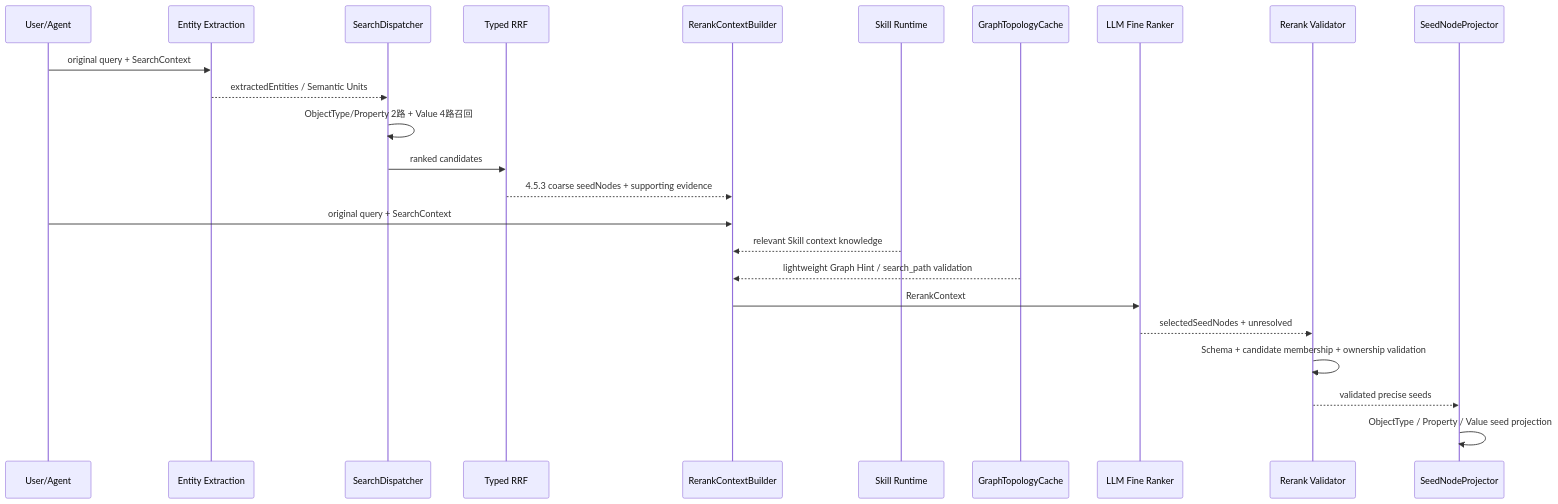
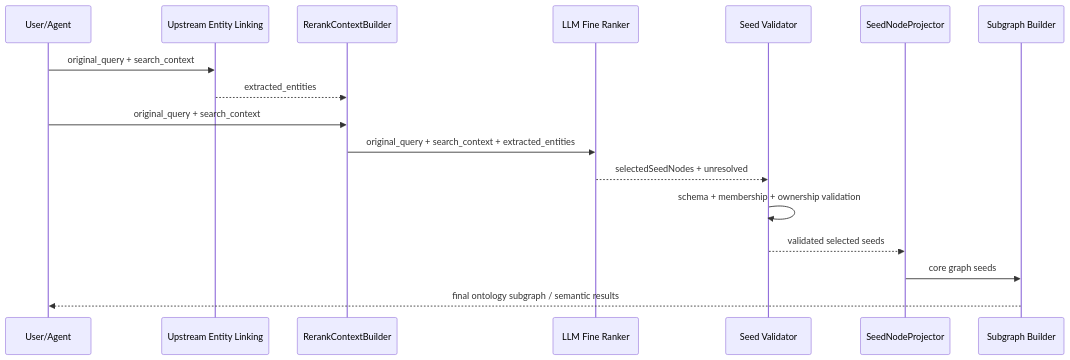
Before and after one commit to cfwl100/onology_dsl: the ninth of 9 diagrams in docs/OAG本体锚点语义检索与向量索引设计方案.md, drawn with Mermaid. The commit also changed other lines of this file and 2 other files, not shown here.

Commit message:
docs: simplify LLM rerank prompt inputs

````diff
--- a/docs/OAG本体锚点语义检索与向量索引设计方案.md
+++ b/docs/OAG本体锚点语义检索与向量索引设计方案.md
@@ -5204,27 +5055,20 @@
 ```mermaid
 sequenceDiagram
     participant U as User/Agent
-    participant EE as Entity Extraction
-    participant D as SearchDispatcher
-    participant R as Typed RRF
-    participant C as RerankContextBuilder
-    participant S as Skill Runtime
-    participant T as GraphTopologyCache
+    participant E as Upstream Entity Linking
+    participant R as RerankContextBuilder
     participant L as LLM Fine Ranker
-    participant V as Rerank Validator
+    participant V as Seed Validator
     participant P as SeedNodeProjector
+    participant G as Subgraph Builder
 
-    U->>EE: original query + SearchContext
-    EE-->>D: extractedEntities / Semantic Units
-    D->>D: ObjectType/Property 2路 + Value 4路召回
-    D->>R: ranked candidates
-    R-->>C: 4.5.3 coarse seedNodes + supporting evidence
-    U->>C: original query + SearchContext
-    S-->>C: relevant Skill context knowledge
-    T-->>C: lightweight Graph Hint / search_path validation
-    C->>L: RerankContext
+    U->>E: original_query + search_context
+    E-->>R: extracted_entities
+    U->>R: original_query + search_context
+    R->>L: original_query + search_context + extracted_entities
     L-->>V: selectedSeedNodes + unresolved
-    V->>V: Schema + candidate membership + ownership validation
-    V-->>P: validated precise seeds
-    P->>P: ObjectType / Property / Value seed projection
+    V->>V: schema + membership + ownership validation
+    V-->>P: validated selected seeds
+    P->>G: core graph seeds
+    G-->>U: final ontology subgraph / semantic results
 ```
````
